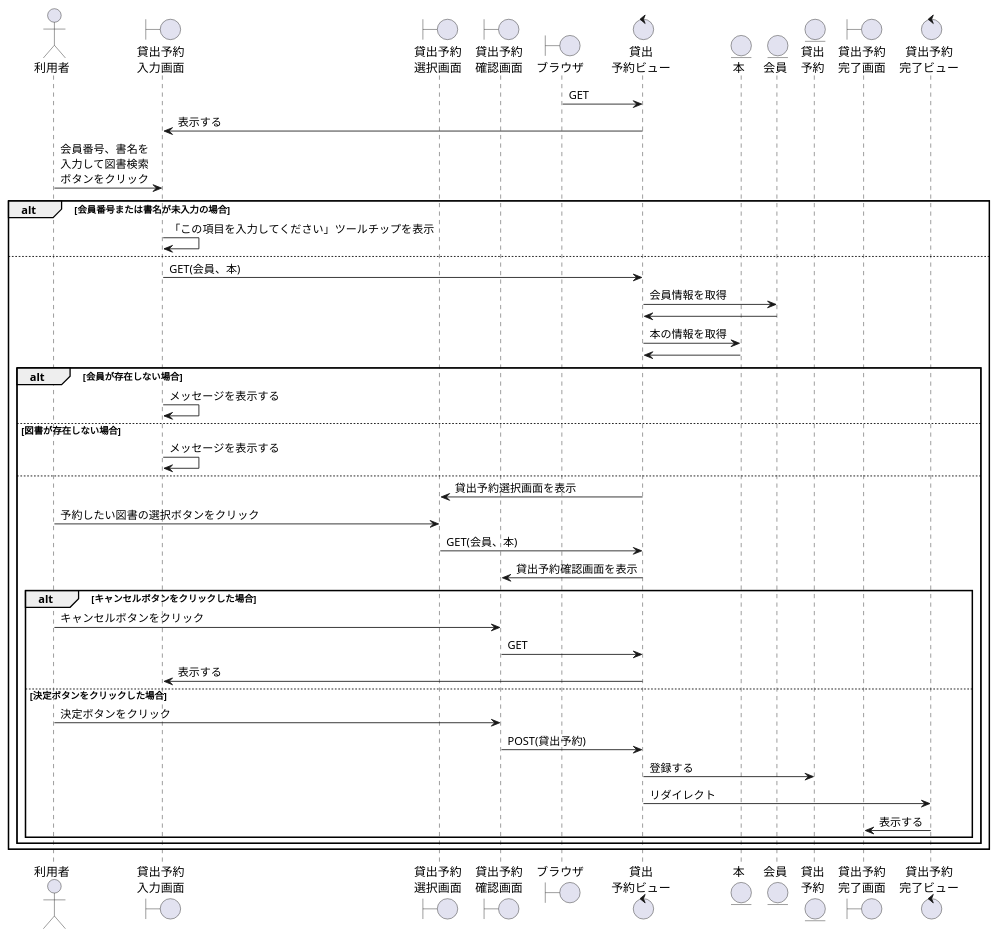
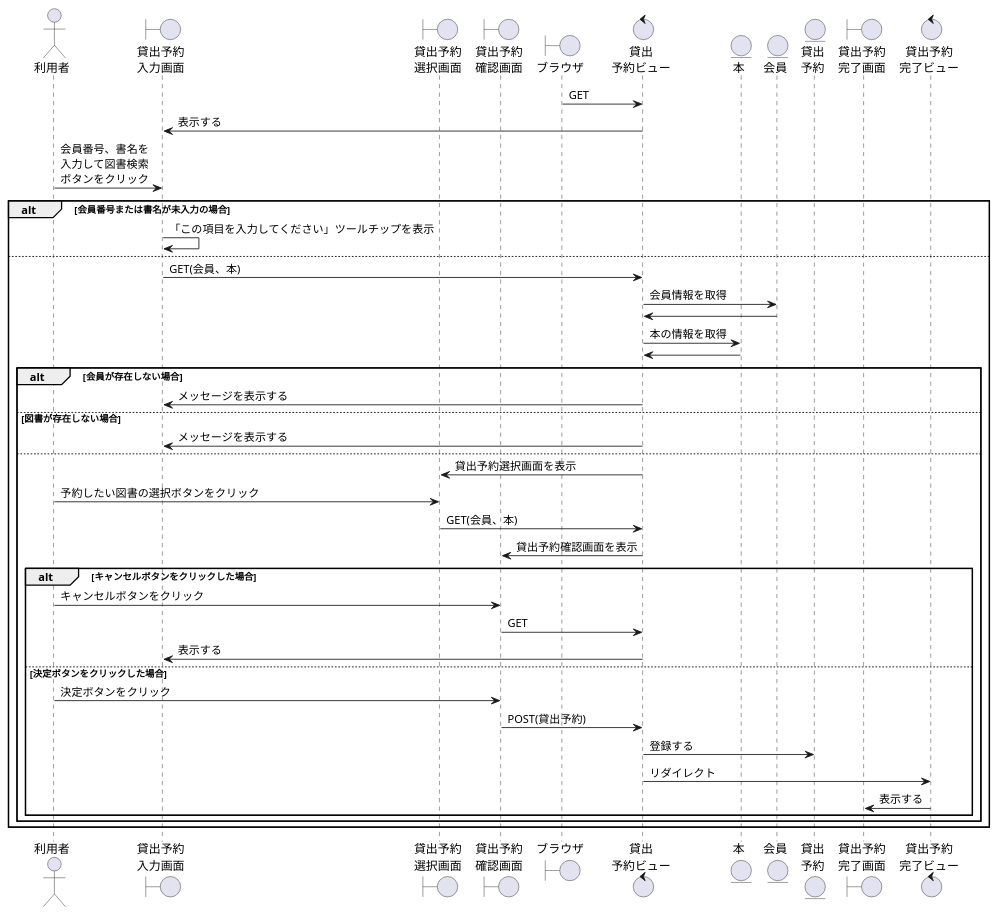
The diagram in 効果測定/貸出予約.wsd (ysyk-wtnb16/team_D), drawn with PlantUML before and after one commit. The commit also changed 1 other file, not shown here.

```diff
--- a/効果測定/貸出予約.wsd
+++ b/効果測定/貸出予約.wsd
@@ -1,50 +1,50 @@
 @startuml KY
  
 actor "利用者" as user
 boundary "貸出予約\n入力画面" as KYKs
 boundary "貸出予約\n選択画面" as KYs
 boundary "貸出予約\n確認画面" as KYChecks
 boundary "ブラウザ" as brz
 control "貸出\n予約ビュー" as KYv
 entity "本" as book
 entity "会員" as member
 entity "貸出\n予約" as KY
 boundary "貸出予約\n完了画面" as KYOKs
 control "貸出予約\n完了ビュー" as KYOKv
  
 brz -> KYv: GET
 KYKs <- KYv: 表示する
  
 user -> KYKs: 会員番号、書名を\n入力して図書検索\nボタンをクリック
 alt 会員番号または書名が未入力の場合
     KYKs -> KYKs: 「この項目を入力してください」ツールチップを表示
 else
     KYKs -> KYv: GET(会員、本)
     KYv -> member: 会員情報を取得
     KYv <- member
     KYv -> book: 本の情報を取得
     KYv <- book
     alt 会員が存在しない場合
-        KYKs -> KYKs: メッセージを表示する
+        KYv -> KYKs: メッセージを表示する
     else 図書が存在しない場合
-        KYKs -> KYKs: メッセージを表示する
+        KYv -> KYKs: メッセージを表示する
     else
         KYs <- KYv: 貸出予約選択画面を表示
         user -> KYs: 予約したい図書の選択ボタンをクリック
         KYs -> KYv: GET(会員、本)
         KYChecks <- KYv: 貸出予約確認画面を表示
         alt キャンセルボタンをクリックした場合
             user -> KYChecks: キャンセルボタンをクリック
             KYChecks -> KYv:GET
             KYKs <- KYv:表示する
         else 決定ボタンをクリックした場合
             user -> KYChecks: 決定ボタンをクリック
             KYChecks -> KYv: POST(貸出予約)
             KYv -> KY: 登録する
             KYv -> KYOKv: リダイレクト
             KYOKs <- KYOKv: 表示する
         end    
     end
 end
  
 @enduml
```
